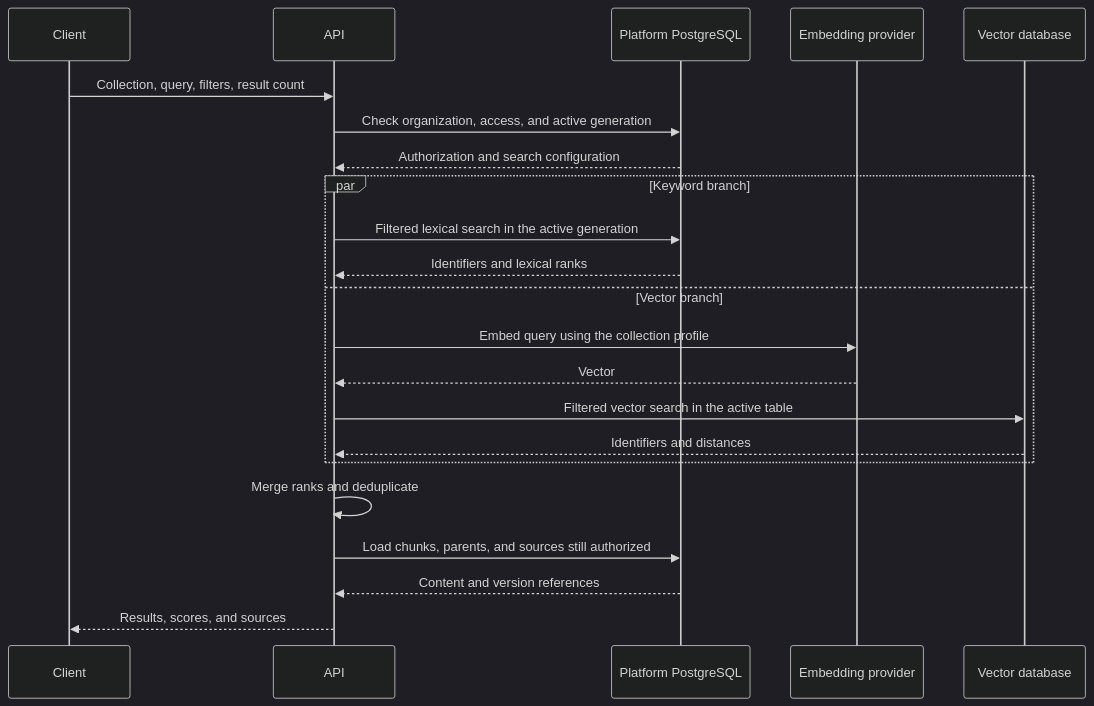
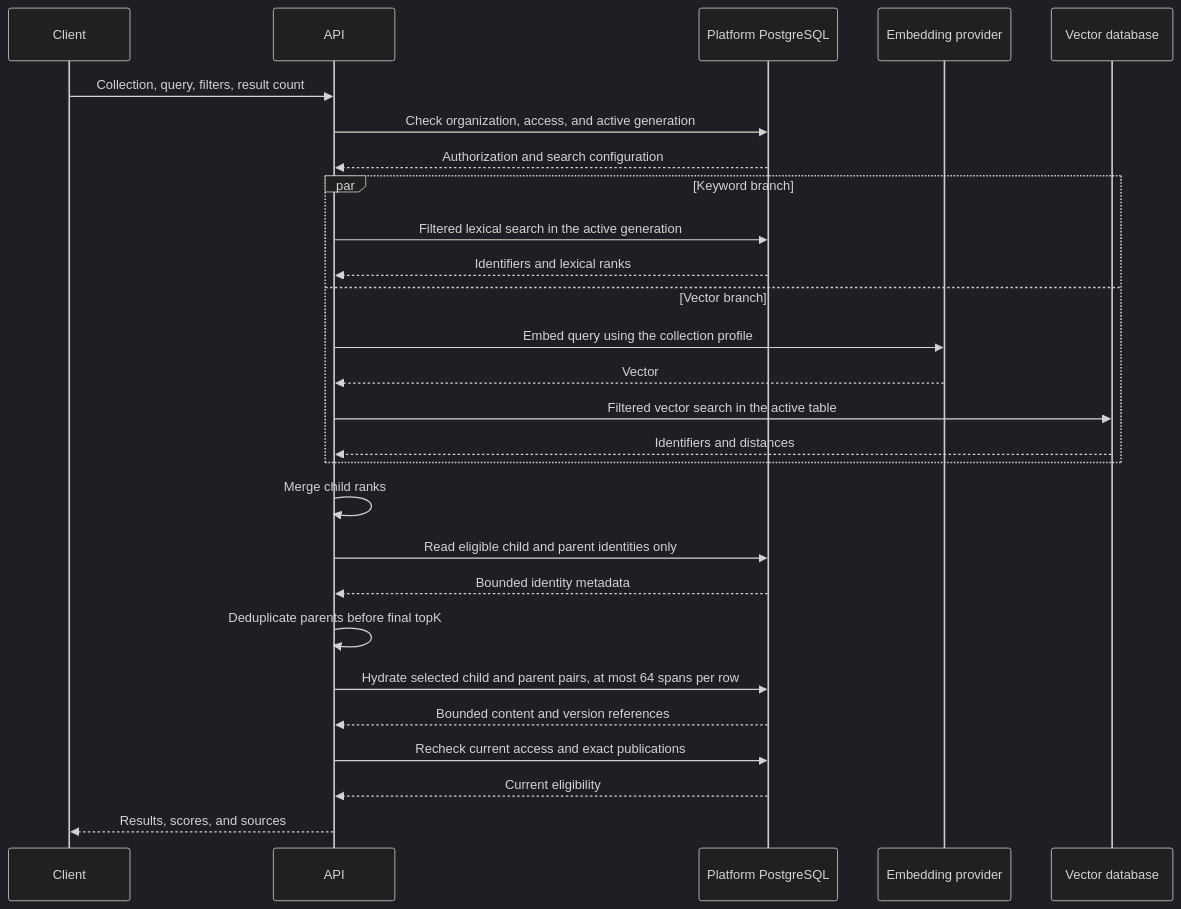
The third of 5 diagrams in docs/rag-implementation-plan.md (SimonLoir/vectorix), drawn with Mermaid (dark theme) before and after one commit. The commit also changed other lines of this file and 68 other files, not shown here.

Commit message:
feat(rag): add versioned parent context and child-ranked search

````diff
--- a/docs/rag-implementation-plan.md
+++ b/docs/rag-implementation-plan.md
@@ -126,24 +129,29 @@
 ```mermaid
 sequenceDiagram
     participant C as Client
     participant A as API
     participant P as Platform PostgreSQL
     participant E as Embedding provider
     participant V as Vector database
     C->>A: Collection, query, filters, result count
     A->>P: Check organization, access, and active generation
     P-->>A: Authorization and search configuration
     par Keyword branch
         A->>P: Filtered lexical search in the active generation
         P-->>A: Identifiers and lexical ranks
     and Vector branch
         A->>E: Embed query using the collection profile
         E-->>A: Vector
         A->>V: Filtered vector search in the active table
         V-->>A: Identifiers and distances
     end
-    A->>A: Merge ranks and deduplicate
-    A->>P: Load chunks, parents, and sources still authorized
-    P-->>A: Content and version references
+    A->>A: Merge child ranks
+    A->>P: Read eligible child and parent identities only
+    P-->>A: Bounded identity metadata
+    A->>A: Deduplicate parents before final topK
+    A->>P: Hydrate selected child and parent pairs, at most 64 spans per row
+    P-->>A: Bounded content and version references
+    A->>P: Recheck current access and exact publications
+    P-->>A: Current eligibility
     A-->>C: Results, scores, and sources
 ```
````
